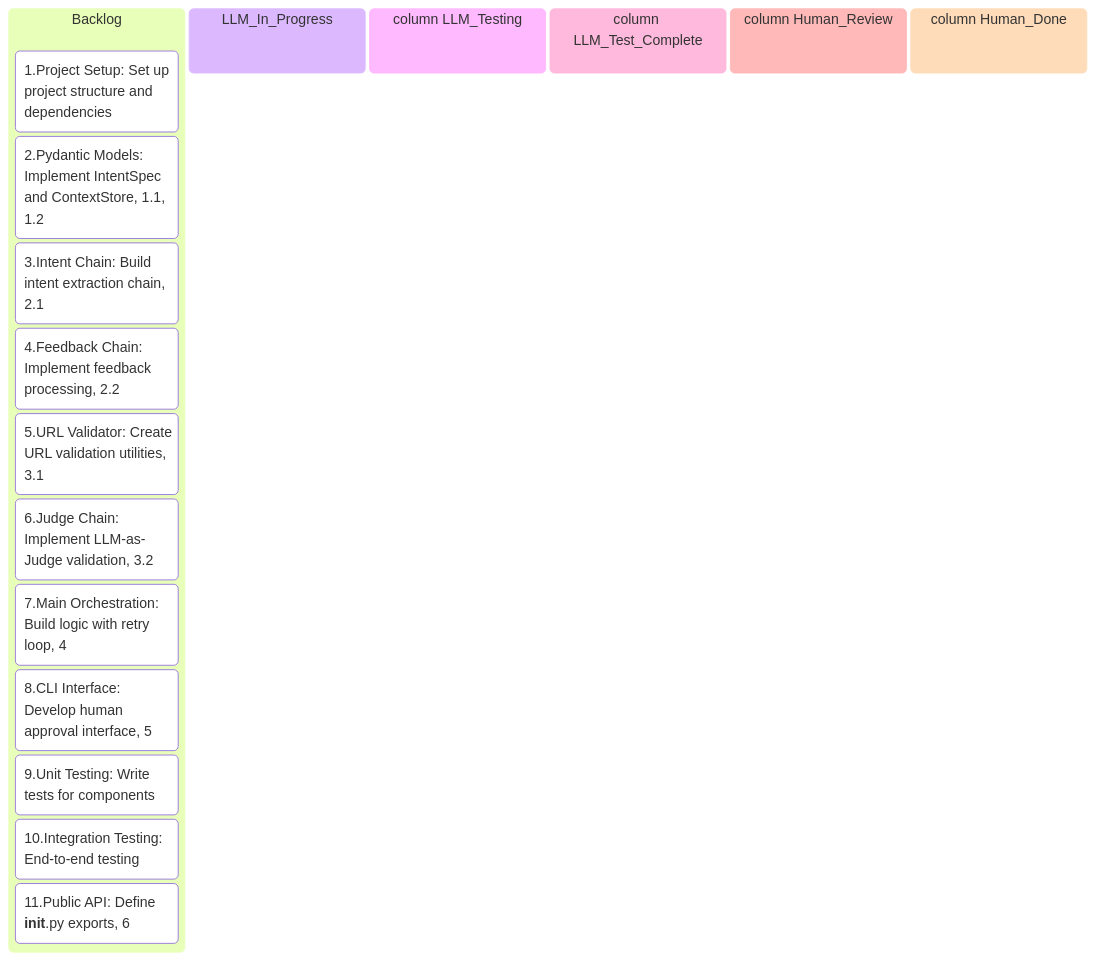
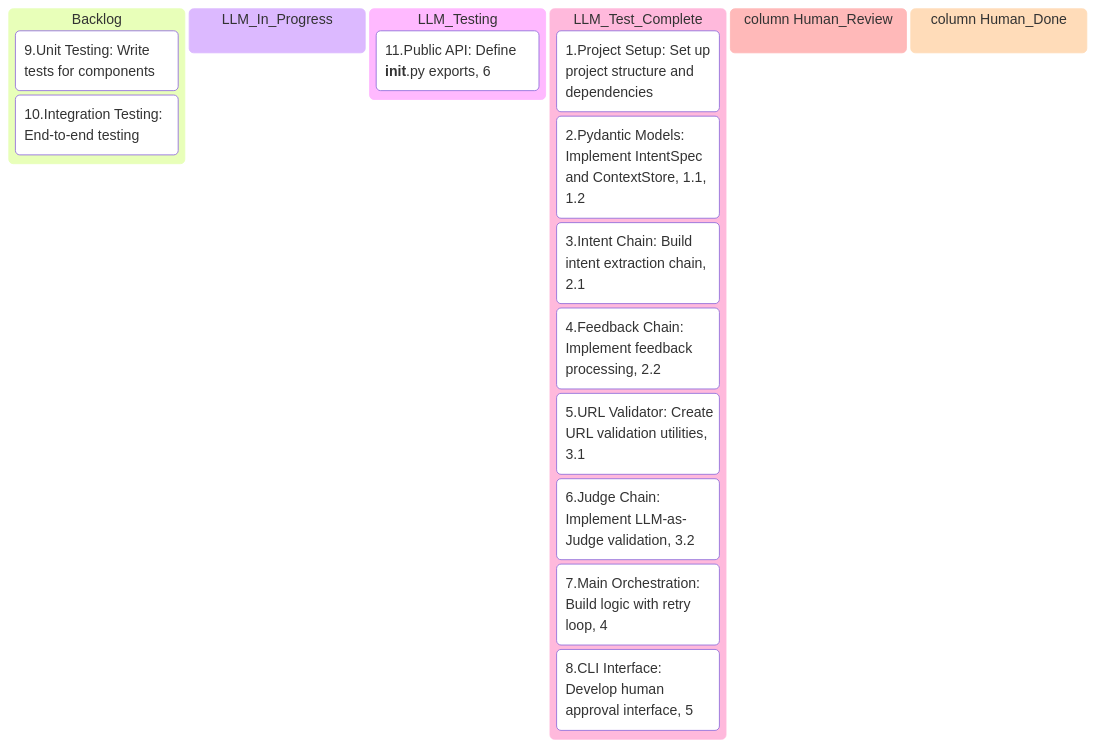
The first of 2 diagrams in System_docs_for_LLM_assistant/System_docs/Modules/[module]Infer_intent.md (RunLittleTurtle/the-brain-ai-scraper-2), drawn with Mermaid before and after one commit. The commit also changed other lines of this file and 28 other files, not shown here.

````diff
--- a/System_docs_for_LLM_assistant/System_docs/Modules/[module]Infer_intent.md
+++ b/System_docs_for_LLM_assistant/System_docs/Modules/[module]Infer_intent.md
@@ -3,22 +3,22 @@
 ```mermaid
 kanban
 Backlog
+    9.Unit Testing: Write tests for components
+    10.Integration Testing: End-to-end testing
+LLM_In_Progress
+LLM_Testing
+    11.Public API: Define __init__.py exports, 6
+LLM_Test_Complete
     1.Project Setup: Set up project structure and dependencies
     2.Pydantic Models: Implement IntentSpec and ContextStore, 1.1, 1.2
     3.Intent Chain: Build intent extraction chain, 2.1
     4.Feedback Chain: Implement feedback processing, 2.2
     5.URL Validator: Create URL validation utilities, 3.1
     6.Judge Chain: Implement LLM-as-Judge validation, 3.2
     7.Main Orchestration: Build logic with retry loop, 4
     8.CLI Interface: Develop human approval interface, 5
-    9.Unit Testing: Write tests for components
-    10.Integration Testing: End-to-end testing
-    11.Public API: Define __init__.py exports, 6
-LLM_In_Progress
-column LLM_Testing
-column LLM_Test_Complete
 column Human_Review
 column Human_Done
 
 
 ```
````
